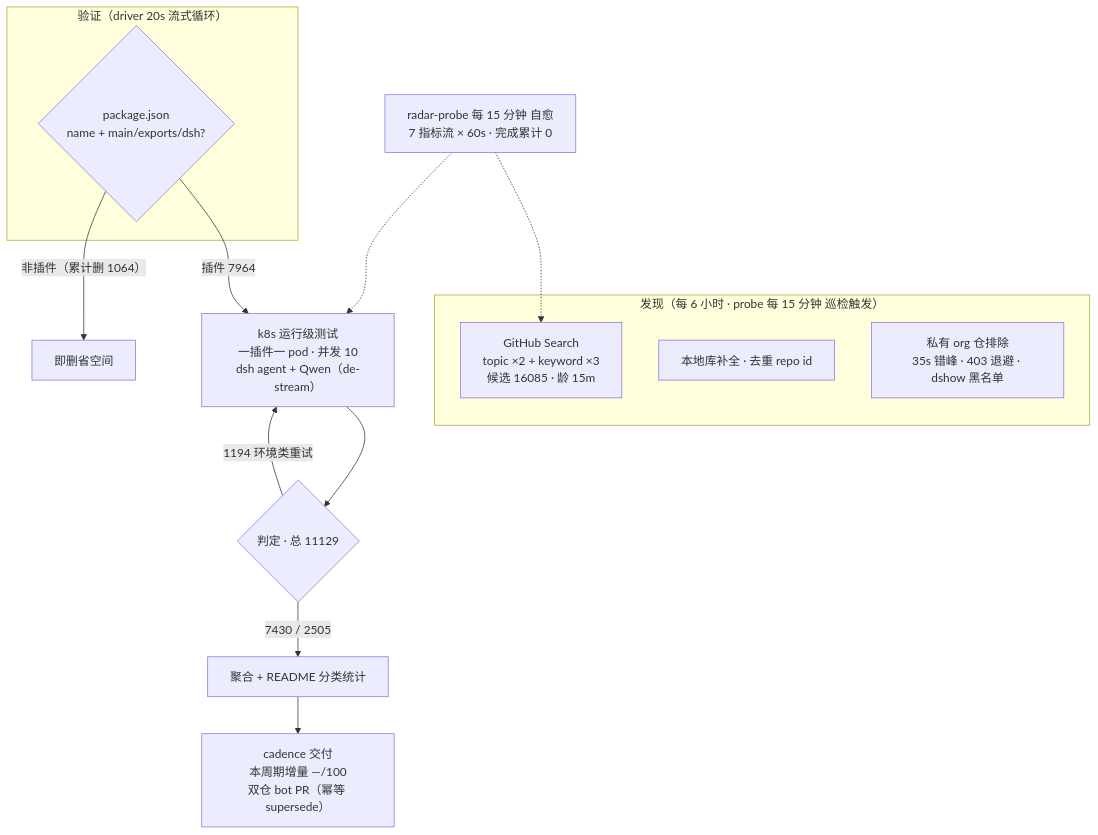
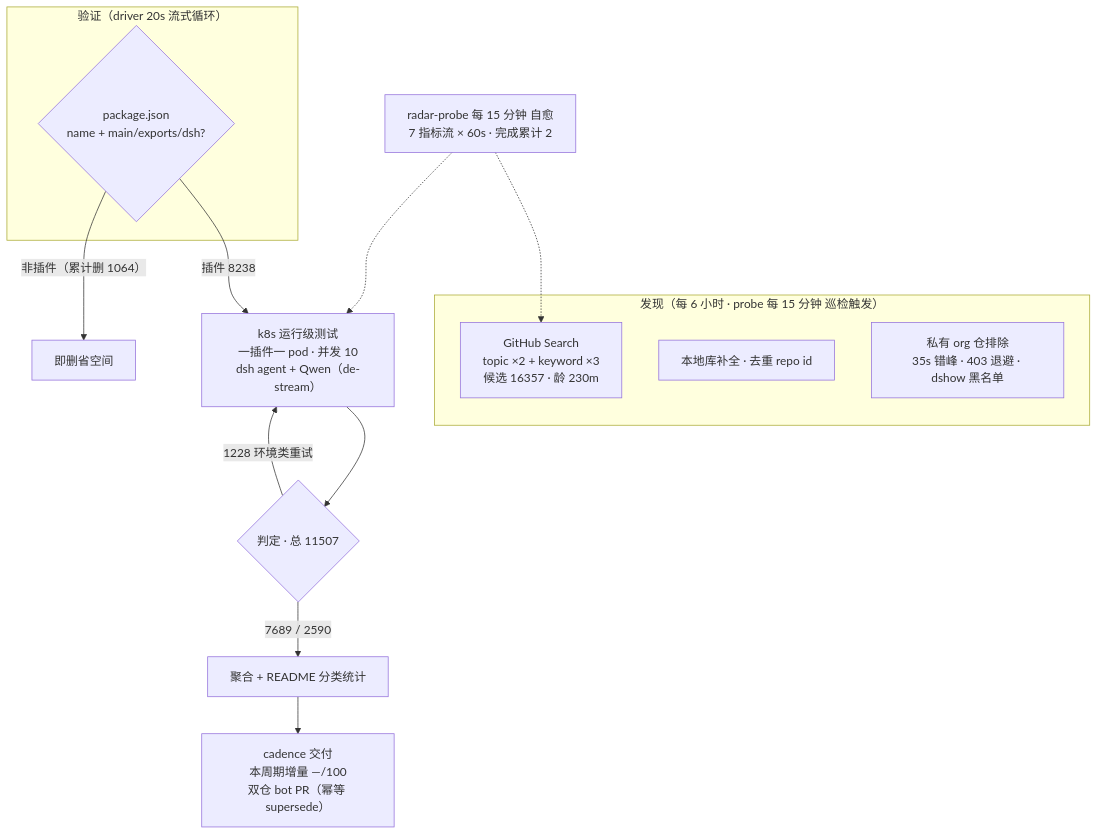
Before and after one commit to the-beating-light-of-the-nail/dsh-meme-hub-site: the diagram in public/readmes/awesome-dsh-plugins.md, drawn with Mermaid. The commit also changed other lines of this file and 257 other files, not shown here.

````diff
--- a/public/readmes/awesome-dsh-plugins.md
+++ b/public/readmes/awesome-dsh-plugins.md
@@ -52,20 +52,20 @@
 ```mermaid
 flowchart TB
     subgraph Discovery["发现（每 6 小时 · probe 每 15 分钟 巡检触发）"]
-        A1["GitHub Search<br/>topic ×2 + keyword ×3<br/>候选 16085 · 龄 15m"]
+        A1["GitHub Search<br/>topic ×2 + keyword ×3<br/>候选 16357 · 龄 230m"]
         A2["本地库补全 · 去重 repo id"]
         A3["私有 org 仓排除<br/>35s 错峰 · 403 退避 · dshow 黑名单"]
     end
     subgraph Validation["验证（driver 20s 流式循环）"]
         B1{"package.json<br/>name + main/exports/dsh?"}
     end
-    B1 -->|"插件 7964"| C1["k8s 运行级测试<br/>一插件一 pod · 并发 10<br/>dsh agent + Qwen（de-stream）"]
+    B1 -->|"插件 8238"| C1["k8s 运行级测试<br/>一插件一 pod · 并发 10<br/>dsh agent + Qwen（de-stream）"]
     B1 -->|"非插件（累计删 1064）"| B3["即删省空间"]
-    C1 --> D1{"判定 · 总 11129"}
-    D1 -->|"7430 / 2505"| E1["聚合 + README 分类统计"]
-    D1 -->|"1194 环境类重试"| C1
+    C1 --> D1{"判定 · 总 11507"}
+    D1 -->|"7689 / 2590"| E1["聚合 + README 分类统计"]
+    D1 -->|"1228 环境类重试"| C1
     E1 --> E2["cadence 交付<br/>本周期增量 —/100<br/>双仓 bot PR（幂等 supersede）"]
-    M["radar-probe 每 15 分钟 自愈<br/>7 指标流 × 60s · 完成累计 0"]
+    M["radar-probe 每 15 分钟 自愈<br/>7 指标流 × 60s · 完成累计 2"]
     M -.-> A1
     M -.-> C1
 ```
````
